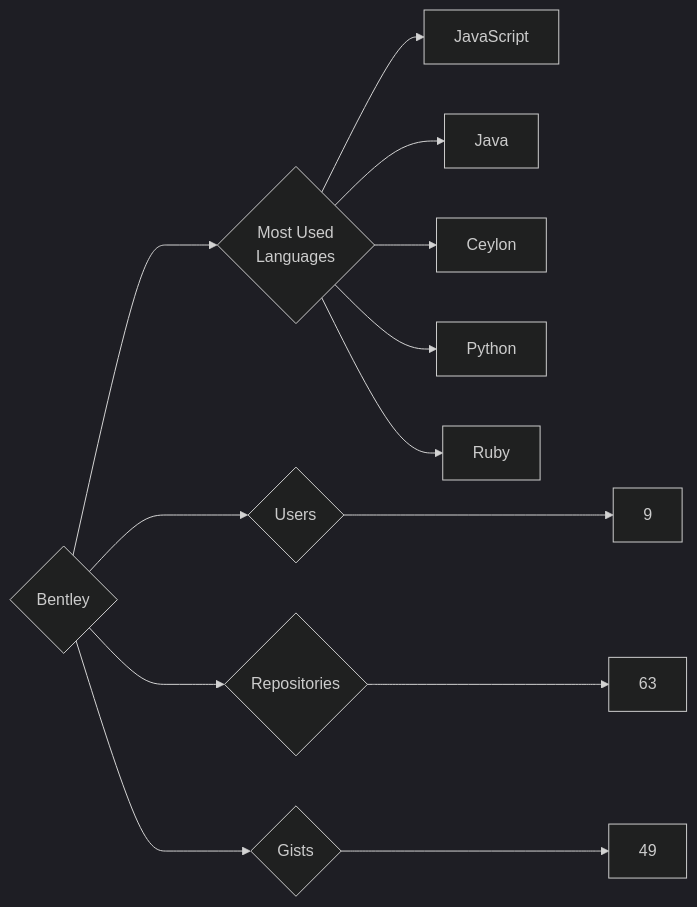
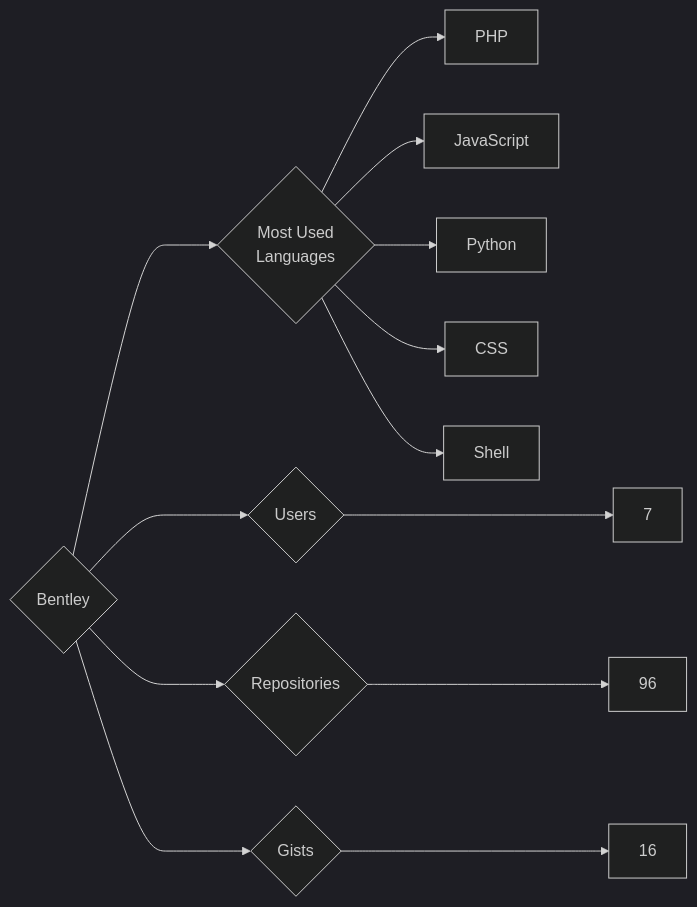
The diagram in targets/Bentley/README.md (trickest/insiders), drawn with Mermaid (dark theme) before and after one commit. The commit also changed 1055 other files, not shown here.

````diff
--- a/targets/Bentley/README.md
+++ b/targets/Bentley/README.md
@@ -3,13 +3,13 @@
 ```mermaid
 graph LR
 COMPANY_NAME{Bentley}
-COMPANY_NAME ---> U{Users} ---> UN[9]
-COMPANY_NAME ---> R{Repositories} ---> RN[63]
-COMPANY_NAME ---> G{Gists} ---> GN[49]
+COMPANY_NAME ---> U{Users} ---> UN[7]
+COMPANY_NAME ---> R{Repositories} ---> RN[96]
+COMPANY_NAME ---> G{Gists} ---> GN[16]
 COMPANY_NAME ---> ML{Most Used<br>Languages}
+ML --> PHP[PHP]
 ML --> JavaScript[JavaScript]
-ML --> Java[Java]
-ML --> Ceylon[Ceylon]
 ML --> Python[Python]
-ML --> Ruby[Ruby]
+ML --> CSS[CSS]
+ML --> Shell[Shell]
 ```
````
